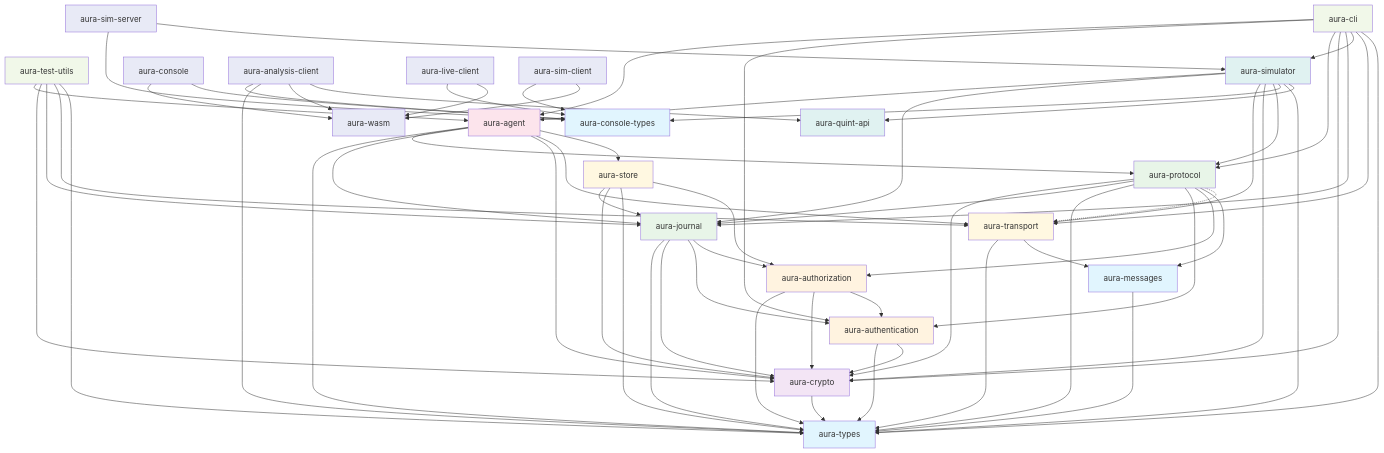
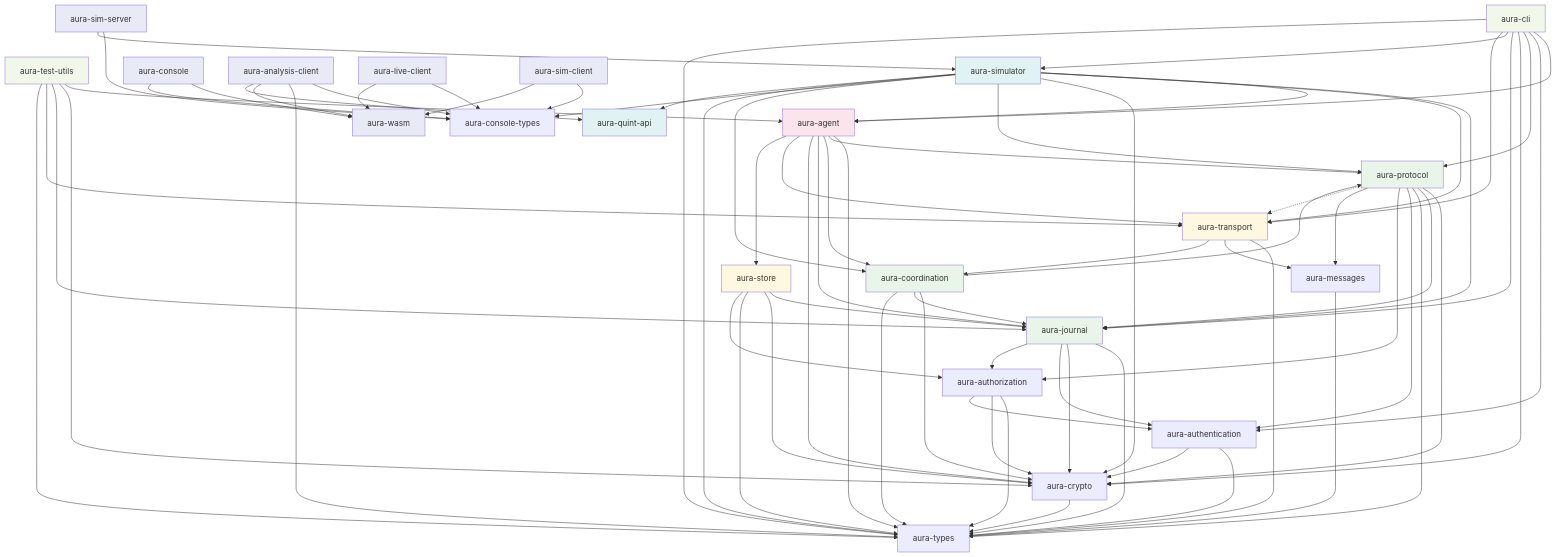
One commit to hxrts/aura changed the first of 2 diagrams in docs/wiring.md. Above: the diagram before and after it, drawn with Mermaid. The commit also changed other lines of this file and 198 other files, not shown here.

```diff
--- a/docs/wiring.md
+++ b/docs/wiring.md
@@ -21,6 +21,7 @@
     %% Protocol Infrastructure
     journal[aura-journal]
     protocol[aura-protocol]
+    coordination[aura-coordination]
     
     %% Storage & Transport
     transport[aura-transport]
@@ -70,8 +71,14 @@
     protocol --> authz
     protocol --> messages
     protocol -.-> transport
+    coordination --> crypto
+    coordination --> journal
+    coordination --> types
+    coordination --> protocol
+    transport --> coordination
     agent --> types
     agent --> protocol
+    agent --> coordination
     agent --> journal
     agent --> crypto
     agent --> transport
@@ -94,6 +101,7 @@
     simulator --> transport
     simulator --> crypto
     simulator --> protocol
+    simulator --> coordination
     simulator --> console_types
     simulator --> types
     simulator --> aura_quint_api
@@ -121,10 +129,7 @@
     classDef sim fill:#e0f2f1
     classDef wasm fill:#e8eaf6
     
-    class types,console_types,messages foundation
-    class crypto crypto
-    class auth,authz auth
-    class journal,protocol protocol
+    class journal,protocol,coordination protocol
     class transport,store storage
     class agent app
     class test_utils,cli dev
```
